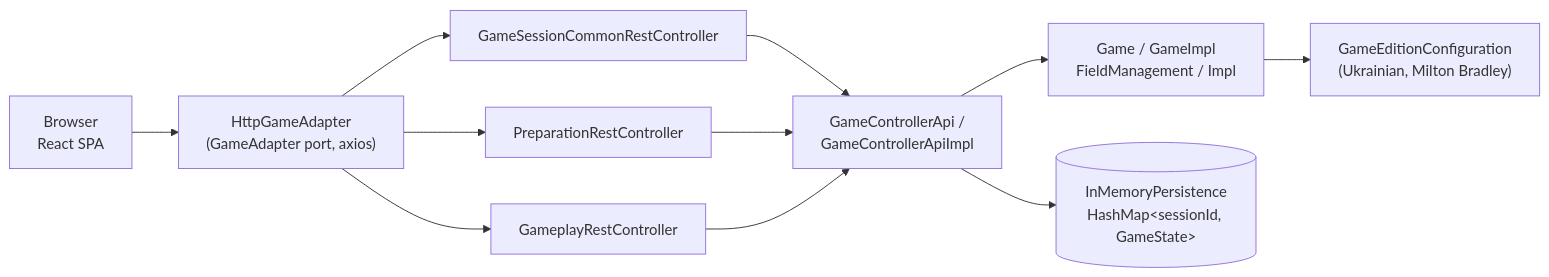
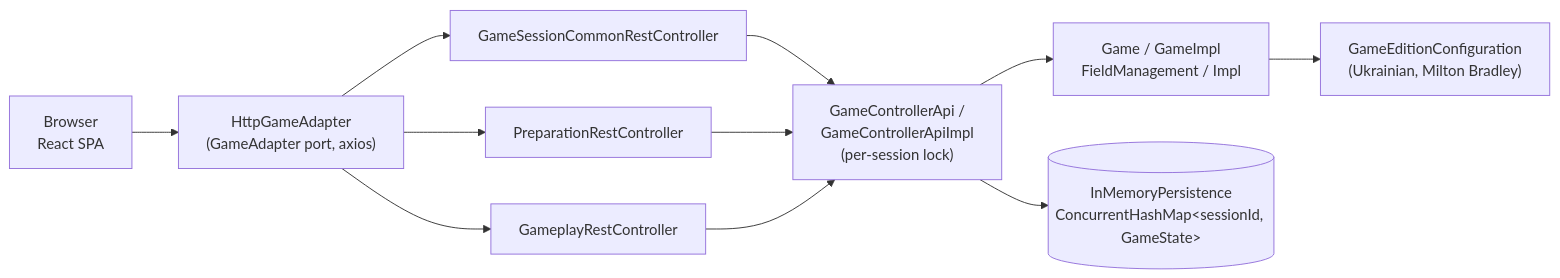
Before and after one commit to sanyokkua/battleship_java: the diagram in docs/index.md, drawn with Mermaid. The commit also changed other lines of this file and 7 other files, not shown here.

````diff
--- a/docs/index.md
+++ b/docs/index.md
@@ -47,23 +50,23 @@
 ```mermaid
 flowchart LR
     browser["Browser<br/>React SPA"]
     brs["HttpGameAdapter<br/>#40;GameAdapter port, axios#41;"]
     sessionCtrl["GameSessionCommonRestController"]
     prepCtrl["PreparationRestController"]
     playCtrl["GameplayRestController"]
-    api["GameControllerApi /<br/>GameControllerApiImpl"]
+    api["GameControllerApi /<br/>GameControllerApiImpl<br/>#40;per-session lock#41;"]
     engine["Game / GameImpl<br/>FieldManagement / Impl"]
     config["GameEditionConfiguration<br/>#40;Ukrainian, Milton Bradley#41;"]
-    persistence[("InMemoryPersistence<br/>HashMap#60;sessionId, GameState#62;")]
+    persistence[("InMemoryPersistence<br/>ConcurrentHashMap#60;sessionId, GameState#62;")]
 
     browser --> brs
     brs --> sessionCtrl
     brs --> prepCtrl
     brs --> playCtrl
     sessionCtrl --> api
     prepCtrl --> api
     playCtrl --> api
     api --> engine
     engine --> config
     api --> persistence
 ```
````
